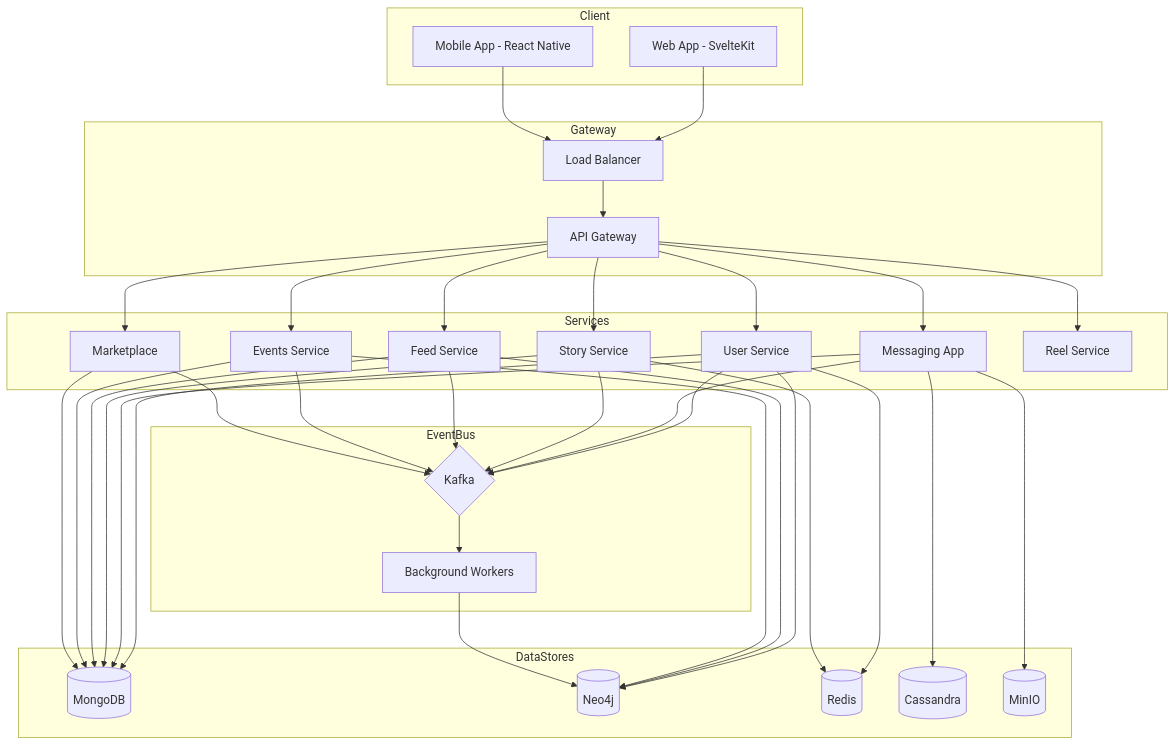
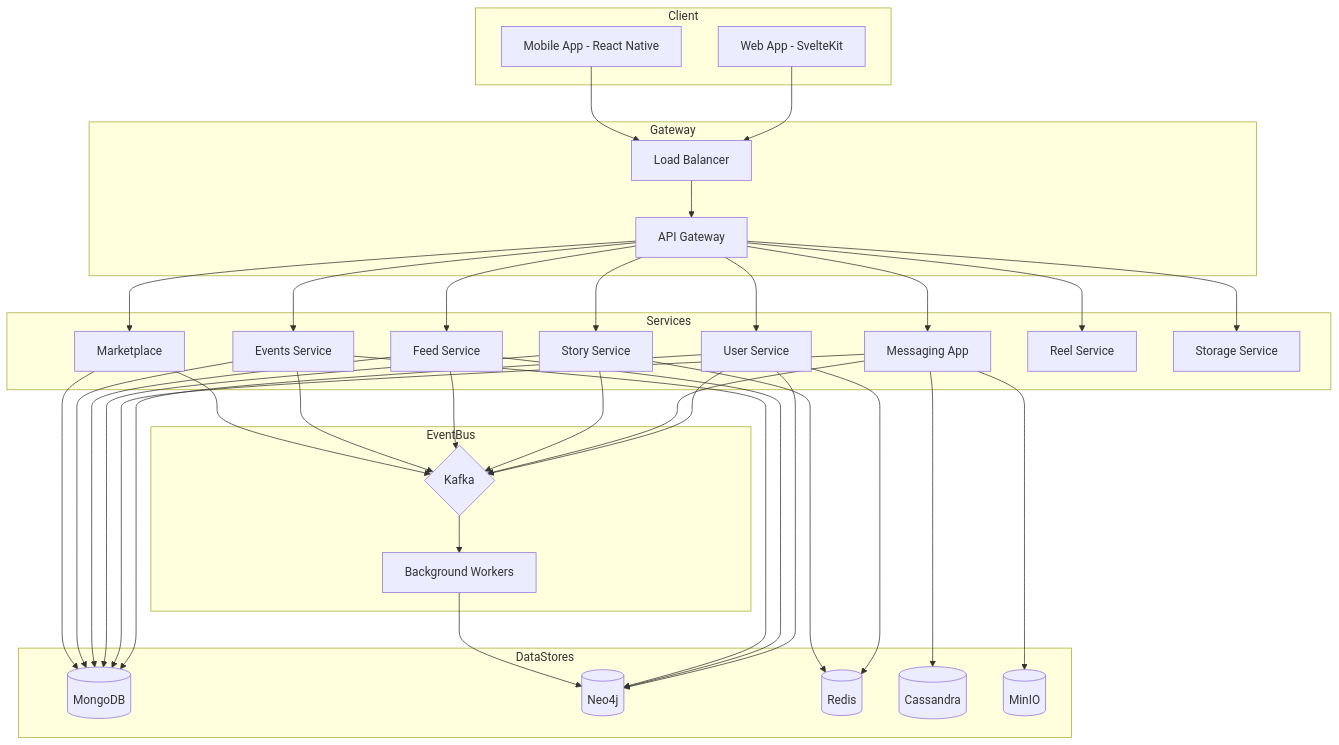
The diagram in README.md (MuhibNayem/connectify-v2), drawn with Mermaid before and after one commit. The commit also changed other lines of this file and 29 other files, not shown here.

Commit message:
feat: Introduce dedicated storage service and refactor messaging app to use gRPC storage client.

````diff
--- a/README.md
+++ b/README.md
@@ -103,59 +103,60 @@
 ```mermaid
 graph TD
     subgraph Client
         Web[Web App - SvelteKit]
         Mobile[Mobile App - React Native]
     end
 
     subgraph Gateway
         LB[Load Balancer]
         API[API Gateway]
     end
 
     Web --> LB
     Mobile --> LB
     LB --> API
 
     subgraph Services
         API --> UserSvc[User Service]
         API --> MsgSvc[Messaging App]
         API --> StorySvc[Story Service]
         API --> FeedSvc[Feed Service]
         API --> EventSvc[Events Service]
         API --> MktSvc[Marketplace]
         API --> ReelSvc[Reel Service]
+        API --> StorageSvc[Storage Service]
     end
 
     subgraph DataStores
         UserSvc --> MongoDB[(MongoDB)]
         UserSvc --> Neo4j[(Neo4j)]
         UserSvc --> Redis[(Redis)]
         
         MsgSvc --> MongoDB
         MsgSvc --> Cassandra[(Cassandra)]
         MsgSvc --> MinIO[(MinIO)]
         
         StorySvc --> MongoDB
         StorySvc --> Redis
         
         FeedSvc --> MongoDB
         FeedSvc --> Neo4j
         
         EventSvc --> MongoDB
         EventSvc --> Neo4j
         
         MktSvc --> MongoDB
     end
 
     subgraph EventBus
         UserSvc --> Kafka{Kafka}
         MsgSvc --> Kafka
         StorySvc --> Kafka
         FeedSvc --> Kafka
         EventSvc --> Kafka
         MktSvc --> Kafka
         
         Kafka --> Workers[Background Workers]
         Workers --> Neo4j
     end
 ```
````
